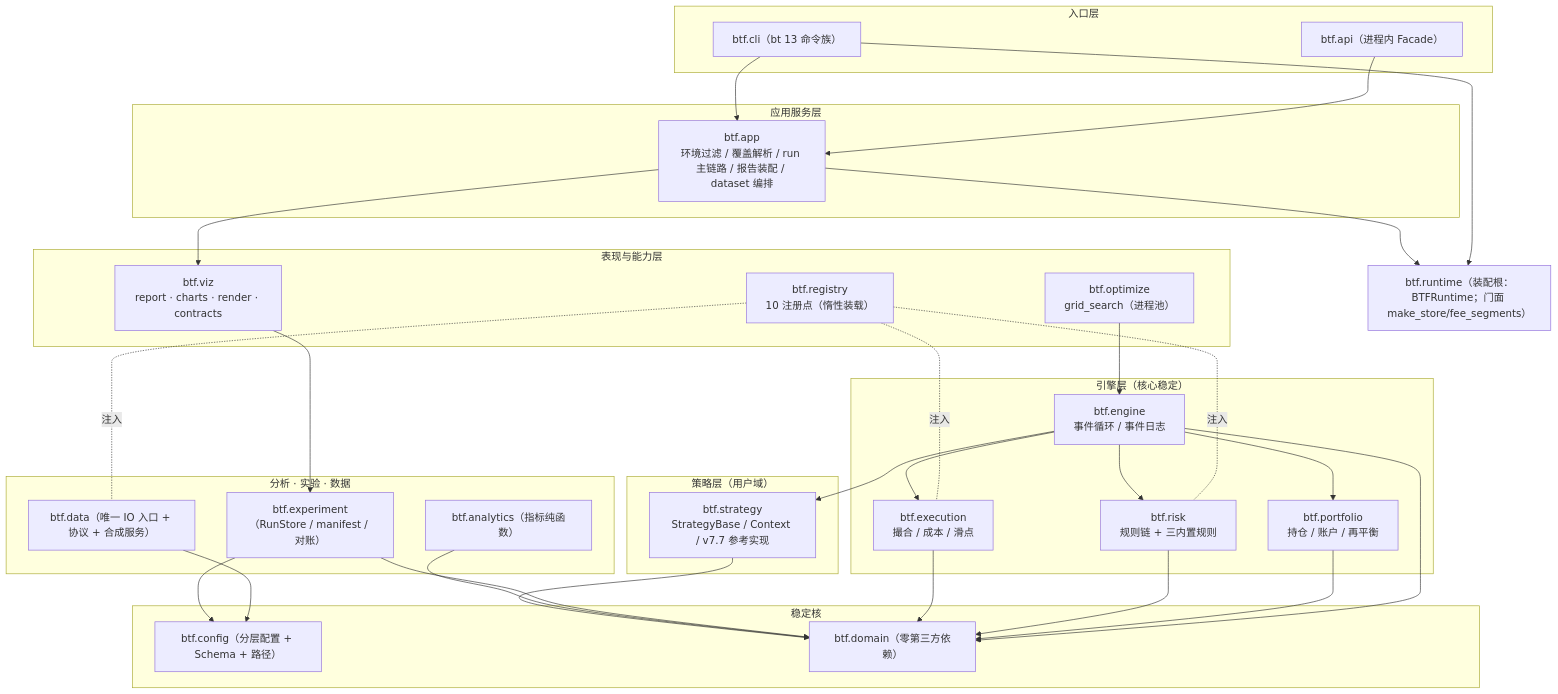
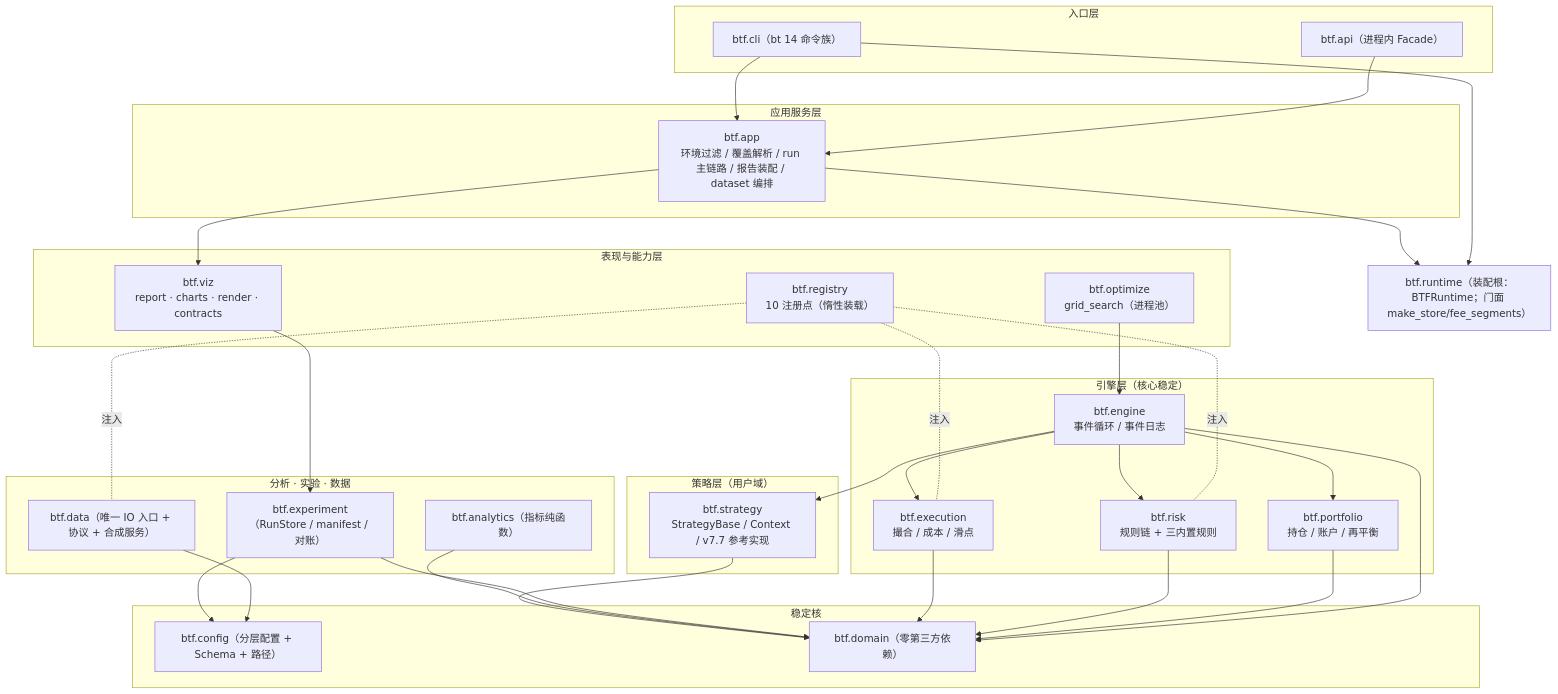
Before and after one commit to 1716250001/quant-strategy-infrastructure: the diagram in 代码架构/回测工具架构/03-总体架构方案对比与推荐.md, drawn with Mermaid. The commit also changed other lines of this file and 34 other files, not shown here.

````diff
--- a/代码架构/回测工具架构/03-总体架构方案对比与推荐.md
+++ b/代码架构/回测工具架构/03-总体架构方案对比与推荐.md
@@ -34,58 +34,58 @@
 ```mermaid
 flowchart TB
     subgraph L6["入口层"]
-        CLI["btf.cli（bt 13 命令族）"]
+        CLI["btf.cli（bt 14 命令族）"]
         API["btf.api（进程内 Facade）"]
     end
     subgraph L5["应用服务层"]
         APP["btf.app<br/>环境过滤 / 覆盖解析 / run 主链路 / 报告装配 / dataset 编排"]
     end
     subgraph L4["表现与能力层"]
         VIZ["btf.viz<br/>report · charts · render · contracts"]
         OPT["btf.optimize<br/>grid_search（进程池）"]
         REG["btf.registry<br/>10 注册点（惰性装载）"]
     end
     subgraph L3["引擎层（核心稳定）"]
         ENG["btf.engine<br/>事件循环 / 事件日志"]
         EXE["btf.execution<br/>撮合 / 成本 / 滑点"]
         RISK["btf.risk<br/>规则链 + 三内置规则"]
         PF["btf.portfolio<br/>持仓 / 账户 / 再平衡"]
     end
     subgraph L2["策略层（用户域）"]
         ST["btf.strategy<br/>StrategyBase / Context / v7.7 参考实现"]
     end
     subgraph L1["分析 · 实验 · 数据"]
         AN["btf.analytics（指标纯函数）"]
         EXP["btf.experiment（RunStore / manifest / 对账）"]
         DATA["btf.data（唯一 IO 入口 + 协议 + 合成服务）"]
     end
     subgraph L0["稳定核"]
         CFG["btf.config（分层配置 + Schema + 路径）"]
         DOM["btf.domain（零第三方依赖）"]
     end
     RT["btf.runtime（装配根：BTFRuntime；门面 make_store/fee_segments）"]
 
     CLI --> APP
     API --> APP
     APP --> VIZ
     APP --> RT
     CLI --> RT
     VIZ --> EXP
     EXP --> CFG
     OPT --> ENG
     ENG --> ST
     ENG --> PF
     ENG --> EXE
     ENG --> RISK
     ST --> DOM
     DATA --> CFG
     AN --> DOM
     EXP --> DOM
     EXE --> DOM
     RISK --> DOM
     PF --> DOM
     ENG --> DOM
     REG -.注入.- EXE
     REG -.注入.- RISK
     REG -.注入.- DATA
 ```
````
